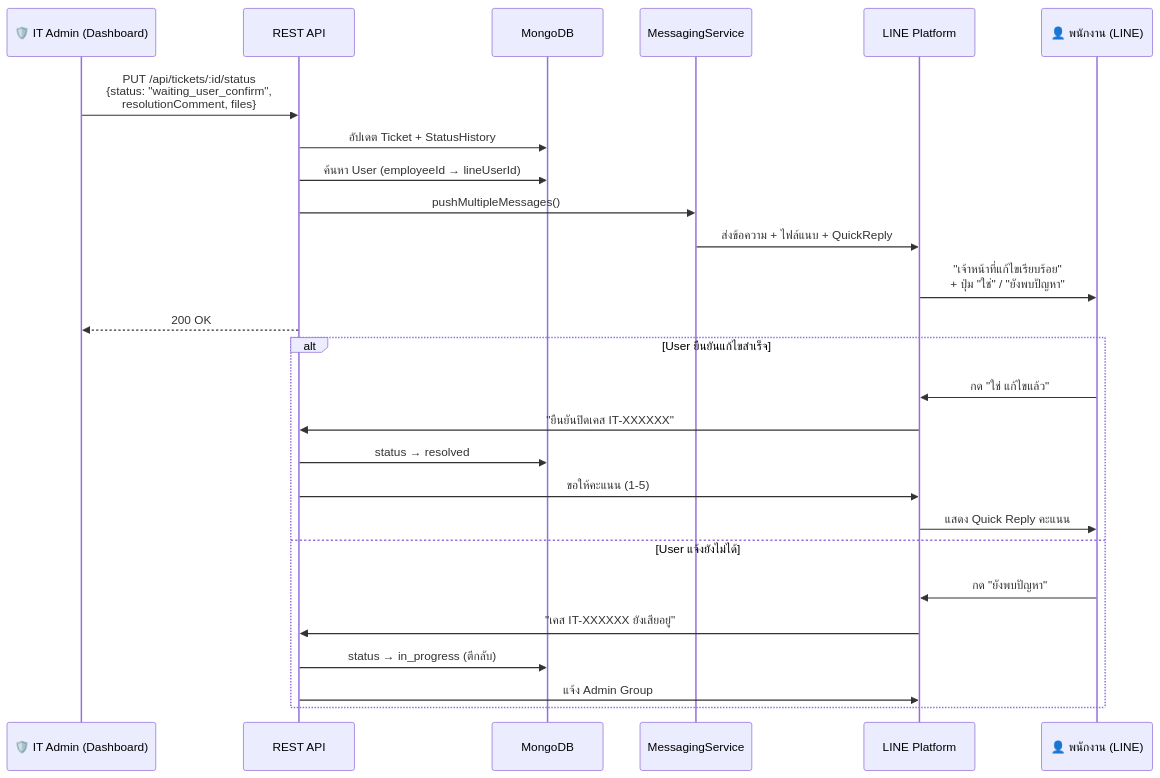
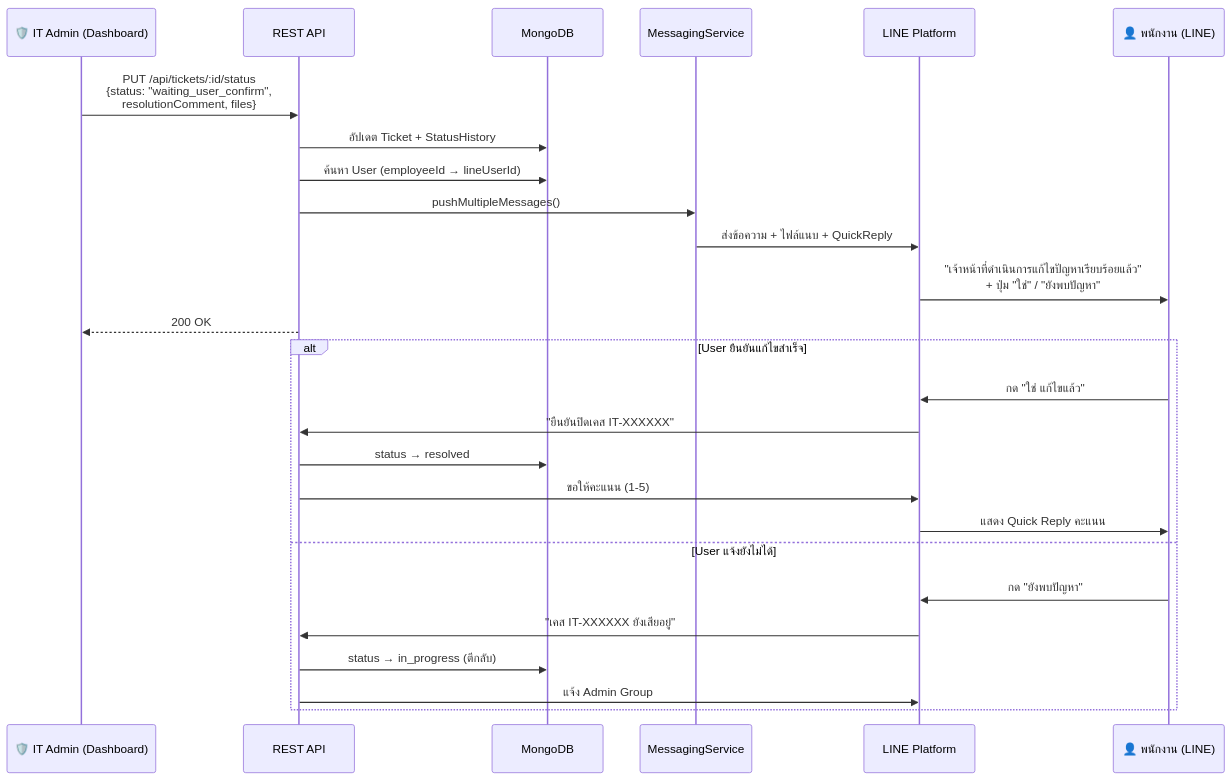
Before and after one commit to joe-nontakorn/line-ai-support: the fourth of 10 diagrams in docs/ARCHITECTURE.md, drawn with Mermaid. The commit also changed other lines of this file and 3 other files, not shown here.

````diff
--- a/docs/ARCHITECTURE.md
+++ b/docs/ARCHITECTURE.md
@@ -237,31 +237,31 @@
 ```mermaid
 sequenceDiagram
     participant A as 🛡️ IT Admin (Dashboard)
     participant API as REST API
     participant DB as MongoDB
     participant MS as MessagingService
     participant L as LINE Platform
     participant U as 👤 พนักงาน (LINE)
 
     A->>API: PUT /api/tickets/:id/status<br/>{status: "waiting_user_confirm",<br/>resolutionComment, files}
     API->>DB: อัปเดต Ticket + StatusHistory
     API->>DB: ค้นหา User (employeeId → lineUserId)
 
     API->>MS: pushMultipleMessages()
     MS->>L: ส่งข้อความ + ไฟล์แนบ + QuickReply
-    L->>U: "เจ้าหน้าที่แก้ไขเรียบร้อย"<br/>+ ปุ่ม "ใช่" / "ยังพบปัญหา"
+    L->>U: "เจ้าหน้าที่ดำเนินการแก้ไขปัญหาเรียบร้อยแล้ว"<br/>+ ปุ่ม "ใช่" / "ยังพบปัญหา"
     API-->>A: 200 OK
 
     alt User ยืนยันแก้ไขสำเร็จ
         U->>L: กด "ใช่ แก้ไขแล้ว"
         L->>API: "ยืนยันปิดเคส IT-XXXXXX"
         API->>DB: status → resolved
         API->>L: ขอให้คะแนน (1-5)
         L->>U: แสดง Quick Reply คะแนน
     else User แจ้งยังไม่ได้
         U->>L: กด "ยังพบปัญหา"
         L->>API: "เคส IT-XXXXXX ยังเสียอยู่"
         API->>DB: status → in_progress (ตีกลับ)
         API->>L: แจ้ง Admin Group
     end
 ```
````
